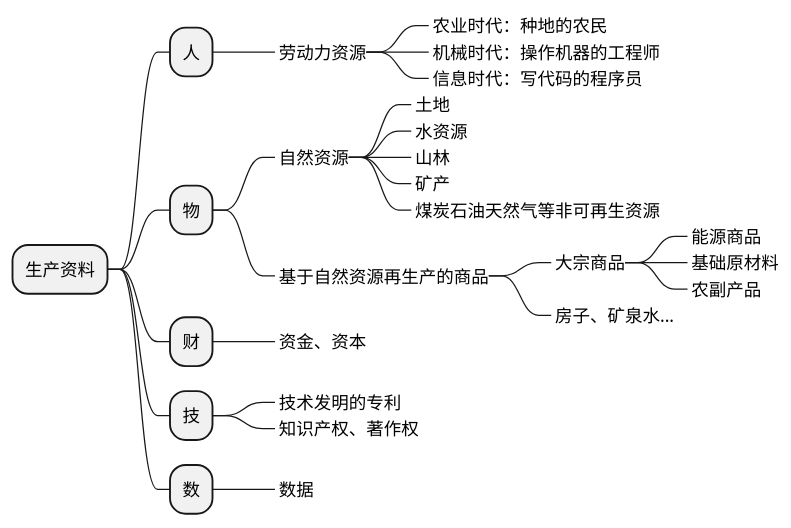
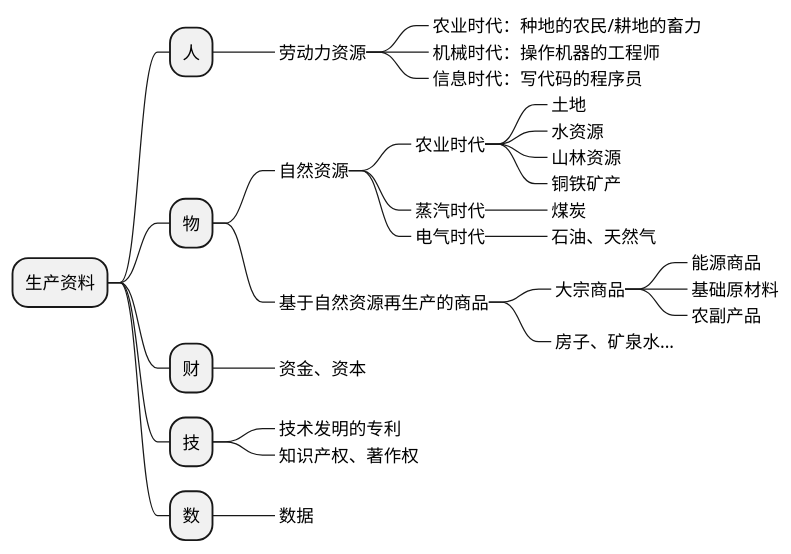
One commit to holmofy/blog.hufeifei.cn changed the diagram in source/_posts/economic/social-and-tax.md. Above: the diagram before and after it, drawn with PlantUML.

Commit message:
更新 social-and-tax.md

````diff
--- a/source/_posts/economic/social-and-tax.md
+++ b/source/_posts/economic/social-and-tax.md
@@ -87,30 +87,34 @@
 ```plantuml
 @startmindmap
 + 生产资料
 ++ 人
 +++_ 劳动力资源
-++++_ 农业时代：种地的农民
+++++_ 农业时代：种地的农民/耕地的畜力
 ++++_ 机械时代：操作机器的工程师
 ++++_ 信息时代：写代码的程序员
 ++ 物
 +++_ 自然资源
-++++_ 土地
-++++_ 水资源
-++++_ 山林
-++++_ 矿产
-++++_ 煤炭石油天然气等非可再生资源
+++++_ 农业时代
++++++_ 土地
++++++_ 水资源
++++++_ 山林资源
++++++_ 铜铁矿产
+++++_ 蒸汽时代
++++++_ 煤炭
+++++_ 电气时代
++++++_ 石油、天然气
 +++_ 基于自然资源再生产的商品
 ++++_ 大宗商品
 +++++_ 能源商品
 +++++_ 基础原材料
 +++++_ 农副产品
 ++++_ 房子、矿泉水...
 ++ 财
 +++_ 资金、资本
 ++ 技
 +++_ 技术发明的专利
 +++_ 知识产权、著作权
 ++ 数
 +++_ 数据
 @endmindmap
 ```
````
